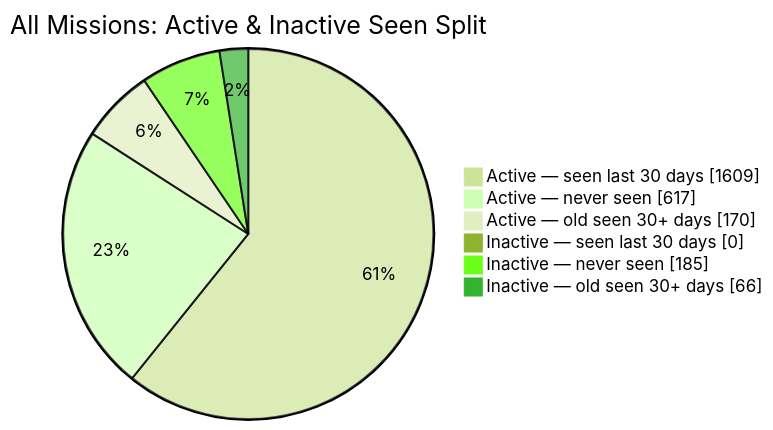
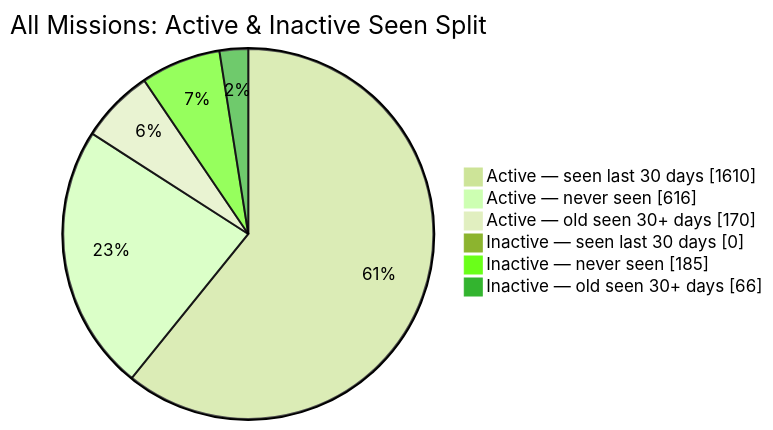
One commit to MeldkamerspelGameTeam/active-missions changed the second of 2 diagrams in README.md. Above: the diagram before and after it, drawn with Mermaid (forest theme). The commit also changed other lines of this file and 2 other files, not shown here.

````diff
--- a/README.md
+++ b/README.md
@@ -44,10 +44,10 @@
 ```mermaid
 pie showData
     title All Missions: Active & Inactive Seen Split
-    "Active — seen last 30 days" : 1609
-    "Active — never seen" : 617
+    "Active — seen last 30 days" : 1610
+    "Active — never seen" : 616
     "Active — old seen 30+ days" : 170
     "Inactive — seen last 30 days" : 0
     "Inactive — never seen" : 185
     "Inactive — old seen 30+ days" : 66
 ```
````
